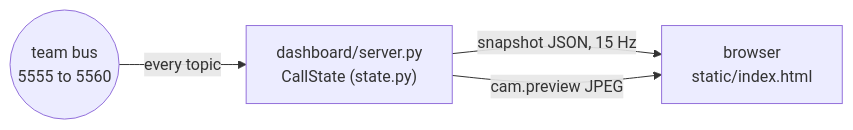
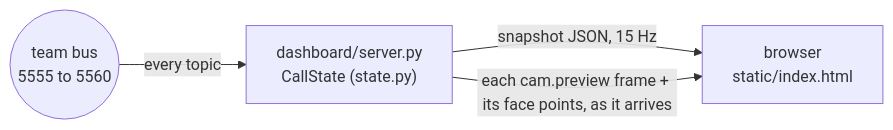
The diagram in dashboard/README.md (thaimtl/Reclaim), drawn with Mermaid before and after one commit. The commit also changed other lines of this file and 6 other files, not shown here.

````diff
--- a/dashboard/README.md
+++ b/dashboard/README.md
@@ -8,6 +8,6 @@
 ```mermaid
 flowchart LR
     B(("team bus<br/>5555 to 5560")) -- "every topic" --> S["dashboard/server.py<br/>CallState (state.py)"]
     S -- "snapshot JSON, 15 Hz" --> P["browser<br/>static/index.html"]
-    S -- "cam.preview JPEG" --> P
+    S -- "each cam.preview frame + its face points, as it arrives" --> P
 ```
````
